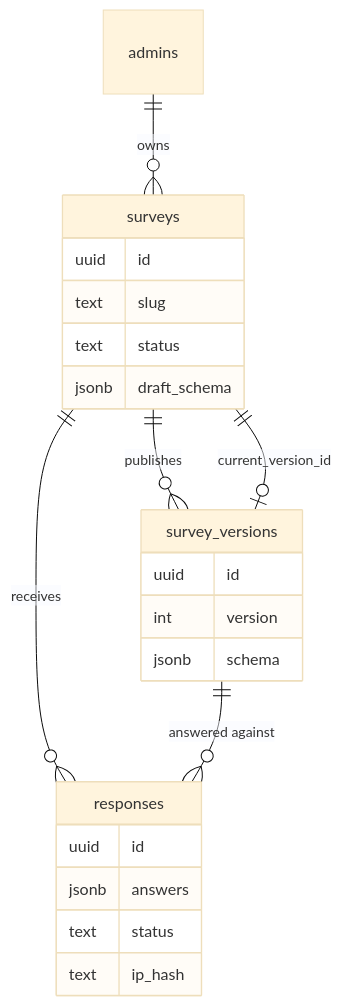
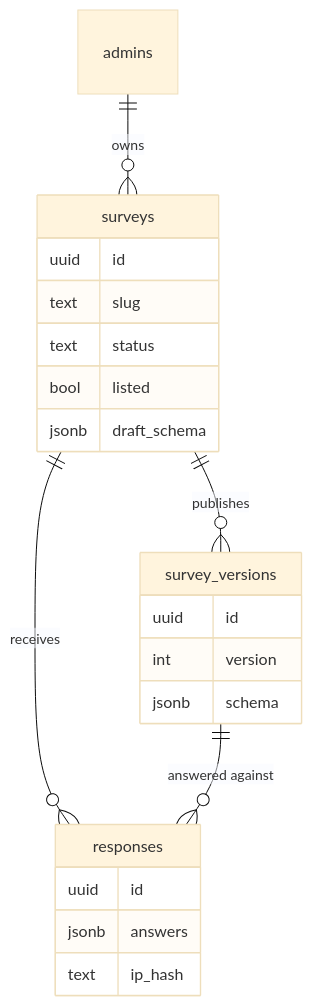
Before and after one commit to SrijitGyawali/-Dynamic-Survey-Builder: the second of 2 diagrams in README.md, drawn with Mermaid (base theme). The commit also changed other lines of this file and 2 other files, not shown here.

````diff
--- a/README.md
+++ b/README.md
@@ -66,25 +109,24 @@
 ```mermaid
 erDiagram
     admins ||--o{ surveys : owns
-    surveys ||--o{ survey_versions : "publishes"
-    surveys ||--o| survey_versions : "current_version_id"
+    surveys ||--o{ survey_versions : publishes
     surveys ||--o{ responses : receives
     survey_versions ||--o{ responses : "answered against"
     surveys {
         uuid id
         text slug
         text status
+        bool listed
         jsonb draft_schema
     }
     survey_versions {
         uuid id
         int version
         jsonb schema
     }
     responses {
         uuid id
         jsonb answers
-        text status
         text ip_hash
     }
 ```
````
